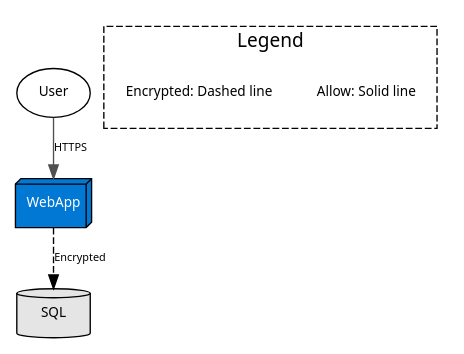
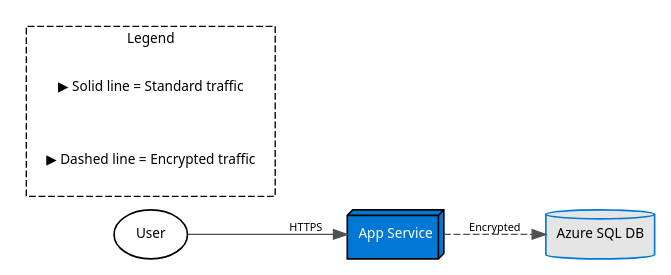
Before and after one commit to andikatjacobdennis/graphviz-tutorial: the sixth of 6 diagrams in 3-advanced-techniques/styling-guide.md, drawn with Graphviz. The commit also changed other lines of this file and 6 other files, not shown here.

````diff
--- a/3-advanced-techniques/styling-guide.md
+++ b/3-advanced-techniques/styling-guide.md
@@ -143,26 +182,31 @@
 ```dot
 digraph StyledArch {
+    rankdir=LR;
+
     // Global styles
-    graph [fontname="Segoe UI"];
-    node [fontname="Segoe UI", fontsize=10];
-    edge [fontname="Segoe UI", fontsize=8];
-    
+    graph [fontname="Segoe UI", fontsize=10];
+    node  [fontname="Segoe UI", fontsize=10, penwidth=1.2];
+    edge  [fontname="Segoe UI", fontsize=8, color="#505050", penwidth=1.0];
+
     // Components
-    User [shape=oval];
-    WebApp [shape=box3d, fillcolor="#0078D4", style=filled, fontcolor=white];
-    SQL [shape=cylinder, fillcolor="#E5E5E5", style=filled];
-    
+    User   [shape=oval, label="User"];
+    WebApp [shape=box3d, label="App Service", style=filled, fillcolor="#0078D4", fontcolor="white"];
+    SQL    [shape=cylinder, label="Azure SQL DB", style=filled, fillcolor="#E5E5E5", color="#0078D4", fontcolor="black"];
+
     // Connections
-    User -> WebApp [label="HTTPS", color="#505050"];
+    User -> WebApp [label="HTTPS"];
     WebApp -> SQL [label="Encrypted", style=dashed];
-    
+
     // Legend
     subgraph cluster_legend {
         label="Legend";
         style=dashed;
-        
-        Allow [shape=plaintext, label="Allow: Solid line"];
-        Encrypt [shape=plaintext, label="Encrypted: Dashed line"];
+        fontsize=10;
+        labelloc="t";
+        fontname="Segoe UI";
+
+        Allow   [shape=plaintext, label="▶ Solid line = Standard traffic"];
+        Encrypt [shape=plaintext, label="▶ Dashed line = Encrypted traffic"];
     }
 }
 ```
````
